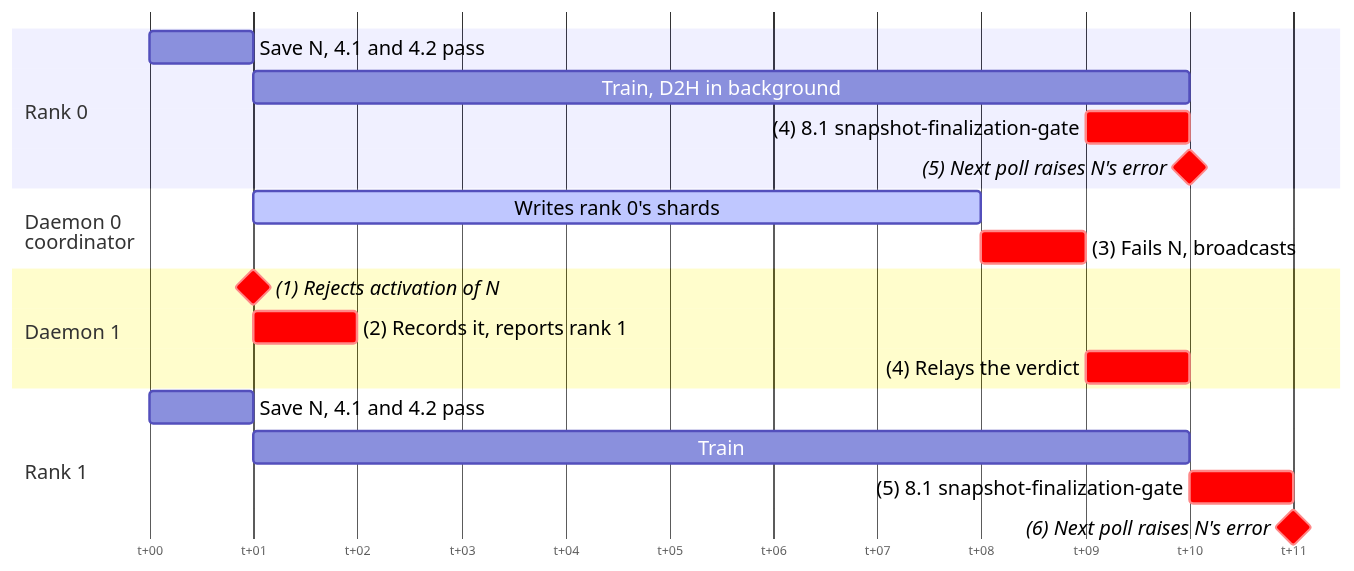
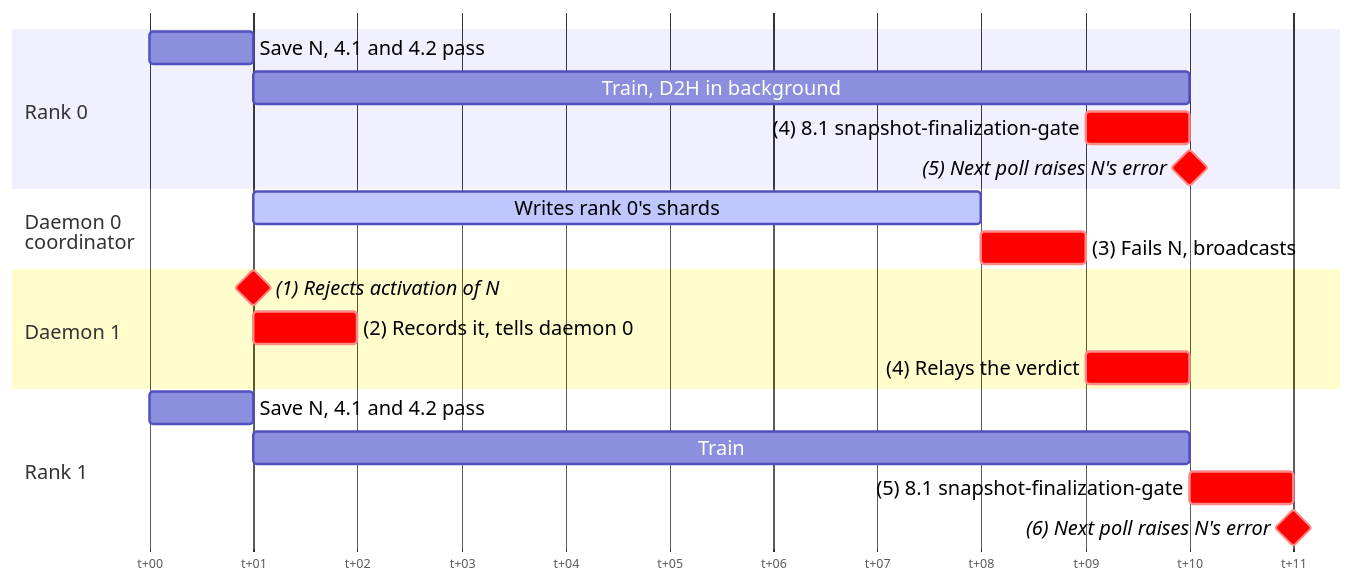
One commit to ankurv-nvidia/nvrx_checkpointing changed the eighth of 14 diagrams in docs/Design.md. Above: the diagram before and after it, drawn with Mermaid. The commit also changed other lines of this file, not shown here.

Commit message:
Update diagrams

````diff
--- a/docs/Design.md
+++ b/docs/Design.md
@@ -582,28 +578,28 @@
 ```mermaid
-%%{init: {"gantt": {"fontSize": 16, "sectionFontSize": 16, "barHeight": 26, "barGap": 6, "leftPadding": 110, "topPadding": 40}}}%%
+%%{init: {"gantt": {"fontSize": 16, "sectionFontSize": 16, "barHeight": 26, "barGap": 6, "leftPadding": 110, "topPadding": 50}}}%%
 gantt
     dateFormat HH:mm
     axisFormat t+%M
     todayMarker off
 
     section Rank 0
-    Save N, 4.1 and 4.2 pass            :r0a, 00:00, 1m
-    Train, D2H in background            :r0b, 00:01, 9m
-    (4) 8.1 snapshot-finalization-gate  :crit, r0c, 00:09, 1m
-    (5) Next poll raises N's error      :crit, milestone, r0d, 00:10, 0m
+    Save N, 4.1 and 4.2 pass                  :r0a, 00:00, 1m
+    Train, D2H in background                  :r0b, 00:01, 9m
+    (4) 8.1 snapshot-finalization-gate        :crit, r0c, 00:09, 1m
+    (5) Next poll raises N's error            :crit, milestone, r0d, 00:10, 0m
 
     section Daemon 0<br>coordinator
-    Writes rank 0's shards              :active, d0a, 00:01, 7m
-    (3) Fails N, broadcasts             :crit, d0b, 00:08, 1m
+    Writes rank 0's shards                    :active, d0a, 00:01, 7m
+    (3) Fails N, broadcasts                   :crit, d0b, 00:08, 1m
 
     section Daemon 1
-    (1) Rejects activation of N         :crit, milestone, d1a, 00:01, 0m
-    (2) Records it, reports rank 1      :crit, d1b, 00:01, 1m
-    (4) Relays the verdict              :crit, d1c, 00:09, 1m
+    (1) Rejects activation of N               :crit, milestone, d1a, 00:01, 0m
+    (2) Records it, tells daemon 0            :crit, d1b, 00:01, 1m
+    (4) Relays the verdict                    :crit, d1c, 00:09, 1m
 
     section Rank 1
-    Save N, 4.1 and 4.2 pass            :r1a, 00:00, 1m
-    Train                               :r1b, 00:01, 9m
-    (5) 8.1 snapshot-finalization-gate  :crit, r1c, 00:10, 1m
-    (6) Next poll raises N's error      :crit, milestone, r1d, 00:11, 0m
+    Save N, 4.1 and 4.2 pass                  :r1a, 00:00, 1m
+    Train                                     :r1b, 00:01, 9m
+    (5) 8.1 snapshot-finalization-gate        :crit, r1c, 00:10, 1m
+    (6) Next poll raises N's error            :crit, milestone, r1d, 00:11, 0m
 ```
````
